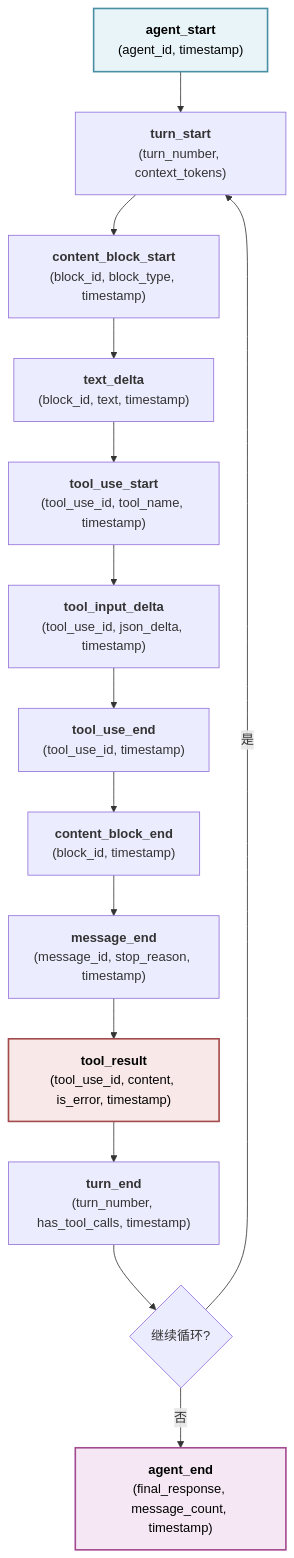
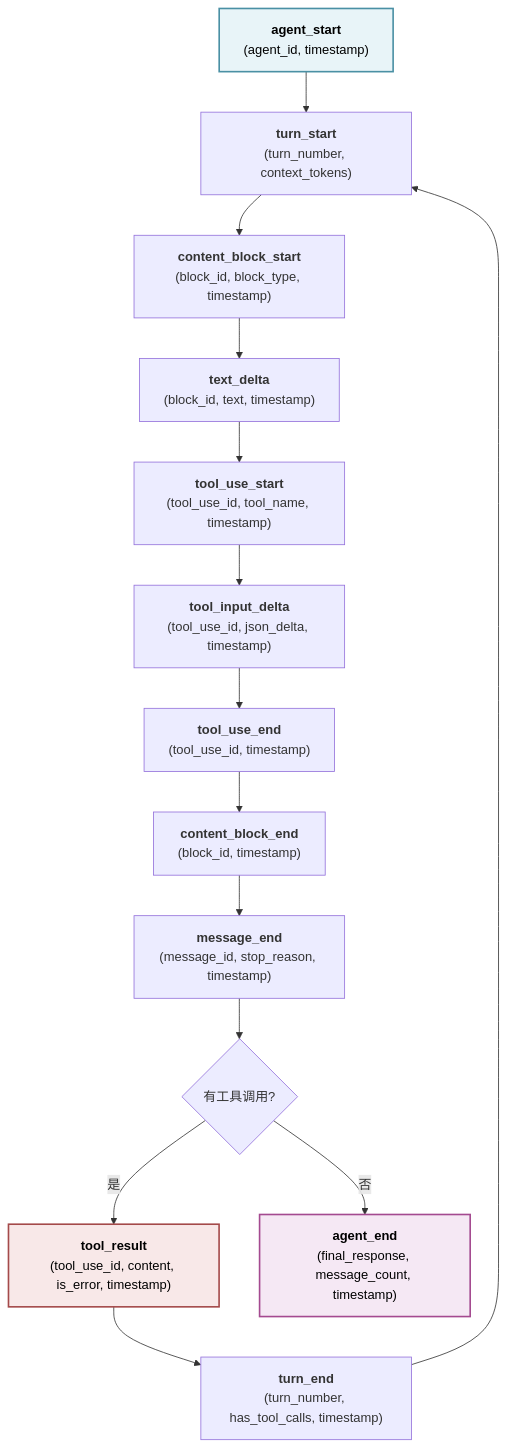
The second of 2 diagrams in 04_runtime/4.3_streaming.md (yeasy/harness_engineering_guide), drawn with Mermaid before and after one commit. The commit also changed 4 other files, not shown here.

````diff
--- a/04_runtime/4.3_streaming.md
+++ b/04_runtime/4.3_streaming.md
@@ -201,20 +201,20 @@
 ```mermaid
 graph TD
     Start["<b>agent_start</b><br/>(agent_id, timestamp)"] --> TurnStart["<b>turn_start</b><br/>(turn_number, context_tokens)"]
     TurnStart --> ContentStart["<b>content_block_start</b><br/>(block_id, block_type, timestamp)"]
     ContentStart --> TextDelta["<b>text_delta</b><br/>(block_id, text, timestamp)"]
     TextDelta --> ToolUseStart["<b>tool_use_start</b><br/>(tool_use_id, tool_name, timestamp)"]
     ToolUseStart --> ToolInputDelta["<b>tool_input_delta</b><br/>(tool_use_id, json_delta, timestamp)"]
     ToolInputDelta --> ToolUseEnd["<b>tool_use_end</b><br/>(tool_use_id, timestamp)"]
     ToolUseEnd --> ContentEnd["<b>content_block_end</b><br/>(block_id, timestamp)"]
     ContentEnd --> MessageEnd["<b>message_end</b><br/>(message_id, stop_reason, timestamp)"]
-    MessageEnd --> ToolResult["<b>tool_result</b><br/>(tool_use_id, content, is_error, timestamp)"]
+    MessageEnd --> Decision{有工具调用?}
+    Decision -->|是| ToolResult["<b>tool_result</b><br/>(tool_use_id, content, is_error, timestamp)"]
     ToolResult --> TurnEnd["<b>turn_end</b><br/>(turn_number, has_tool_calls, timestamp)"]
-    TurnEnd --> Decision{继续循环?}
-    Decision -->|是| TurnStart
+    TurnEnd --> TurnStart
     Decision -->|否| AgentEnd["<b>agent_end</b><br/>(final_response, message_count, timestamp)"]
 
     style Start fill:#e8f4f8,stroke:#4a90a4,stroke-width:2px,color:#000000
     style AgentEnd fill:#f5e8f4,stroke:#a44a90,stroke-width:2px,color:#000000
     style ToolResult fill:#f8e8e8,stroke:#a44a4a,stroke-width:2px,color:#000000
 ```
````
